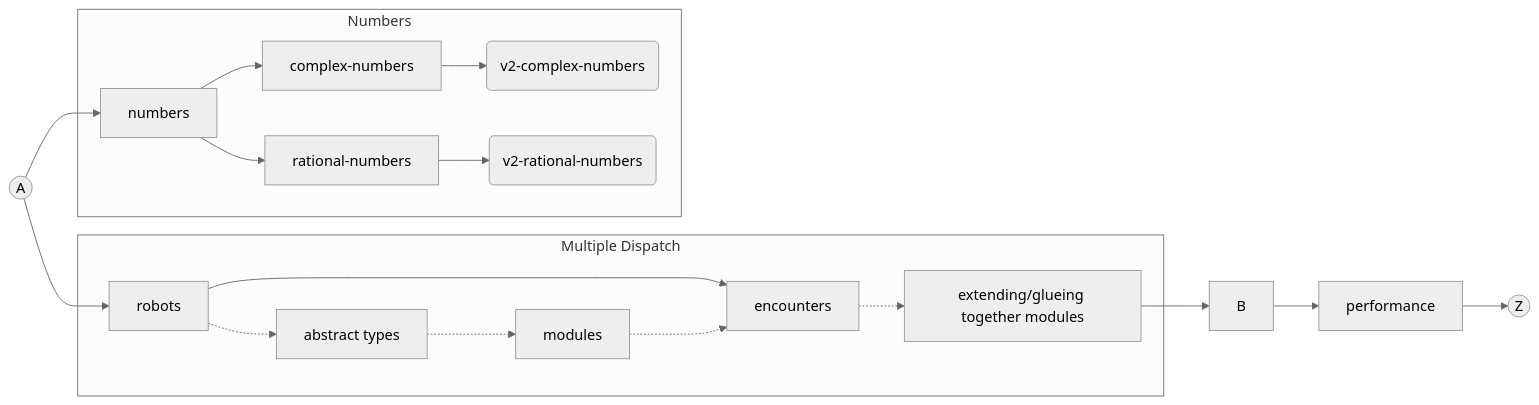
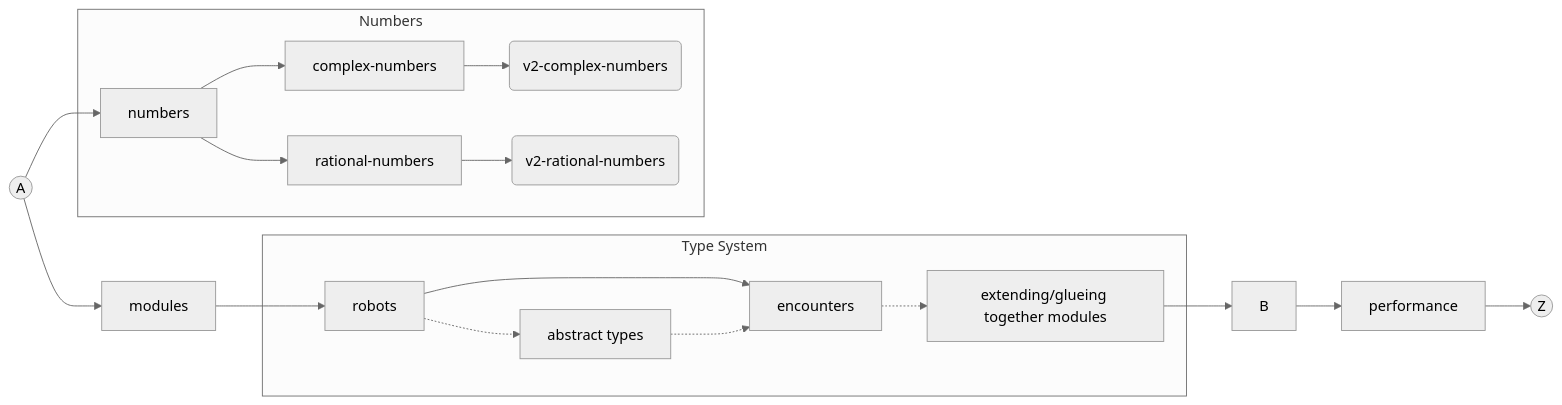
Before and after one commit to neiesc/v3: the diagram in languages/julia/reference/progression.md, drawn with Mermaid (neutral theme).

Commit message:
[Julia] Change modules in progression plan

````diff
--- a/languages/julia/reference/progression.md
+++ b/languages/julia/reference/progression.md
@@ -5,24 +5,25 @@
 ```mermaid
 graph LR
 
-A((A)) --> robots
-subgraph Multiple Dispatch
+A((A)) --> modules
+
+modules --> robots
+subgraph Type System
 	robots --> encounters
 	robots -.-> abstract-types
-	abstract-types[abstract types] -.-> modules
-	modules -.-> encounters
+	abstract-types[abstract types] -.-> encounters
 	encounters -.-> extension[extending/glueing together modules]
 end
 extension --> B
 B --> performance
 performance --> Z((Z))
 
 A((A)) --> numbers
 subgraph Numbers
 	numbers --> complex-numbers
 	numbers --> rational-numbers
 	
 	complex-numbers --> v2-complex-numbers(v2-complex-numbers)
 	rational-numbers --> v2-rational-numbers(v2-rational-numbers)
 end
 ```
````
